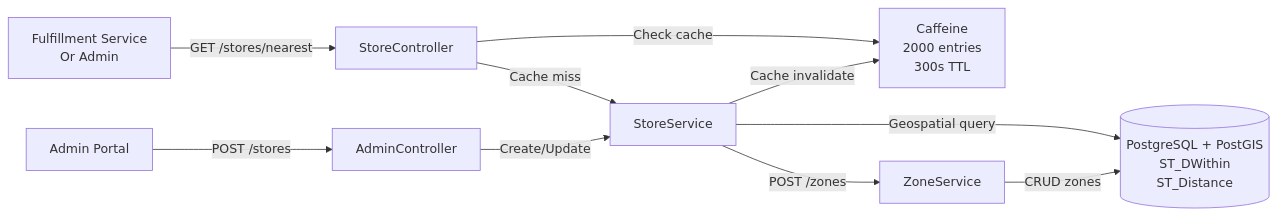
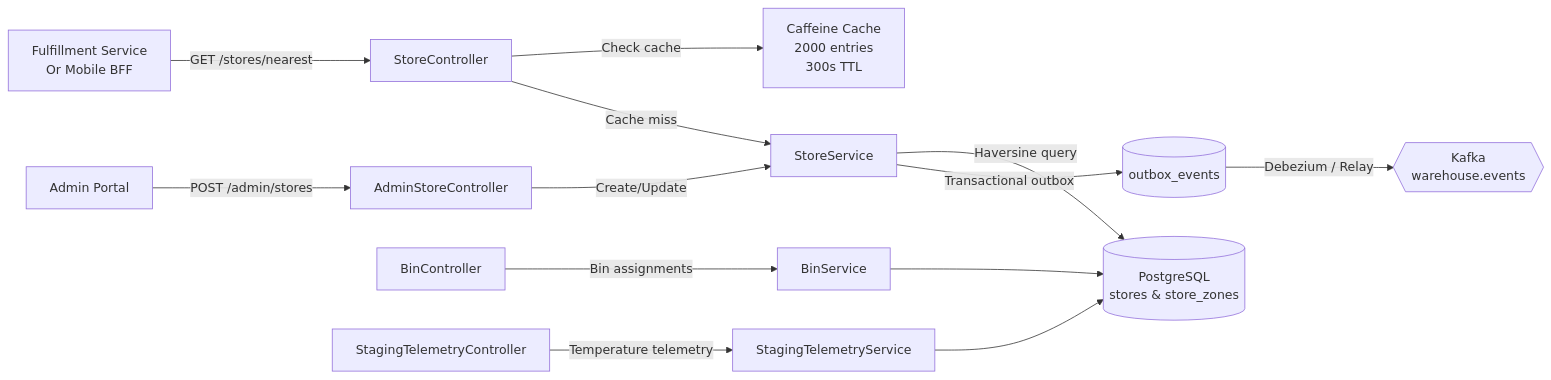
Before and after one commit to sunitakeazycommerz-a11y/InstaCommerce: the diagram in docs/services/warehouse-service/README.md, drawn with Mermaid. The commit also changed other lines of this file and 77 other files, not shown here.

First line of the commit message:
docs: reconcile monorepo architecture, services and runbooks with codebase truth

````diff
--- a/docs/services/warehouse-service/README.md
+++ b/docs/services/warehouse-service/README.md
@@ -78,17 +82,21 @@
 ```mermaid
 graph LR
-    Client["Fulfillment Service<br/>Or Admin"] -->|GET /stores/nearest| Controller["StoreController"]
+    Client["Fulfillment Service<br/>Or Mobile BFF"] -->|GET /stores/nearest| Controller["StoreController"]
 
-    Controller -->|Check cache| Cache["Caffeine<br/>2000 entries<br/>300s TTL"]
+    Controller -->|Check cache| Cache["Caffeine Cache<br/>2000 entries<br/>300s TTL"]
 
     Controller -->|Cache miss| Service["StoreService"]
-    Service -->|Geospatial query| DB[("PostgreSQL + PostGIS<br/>ST_DWithin<br/>ST_Distance")]
+    Service -->|Haversine query| DB[("PostgreSQL<br/>stores & store_zones")]
 
-    Admin["Admin Portal"] -->|POST /stores| AdminController["AdminController"]
+    Admin["Admin Portal"] -->|POST /admin/stores| AdminController["AdminStoreController"]
     AdminController -->|Create/Update| Service
 
-    Service -->|POST /zones| ZoneService["ZoneService"]
-    ZoneService -->|CRUD zones| DB
+    Service -->|Transactional outbox| OB[("outbox_events")]
+    OB -->|Debezium / Relay| KFK{{"Kafka<br/>warehouse.events"}}
 
-    Service -->|Cache invalidate| Cache
+    BinCtrl["BinController"] -->|Bin assignments| BinService["BinService"]
+    BinService --> DB
+
+    StagingCtrl["StagingTelemetryController"] -->|Temperature telemetry| StagingService["StagingTelemetryService"]
+    StagingService --> DB
 ```
````
